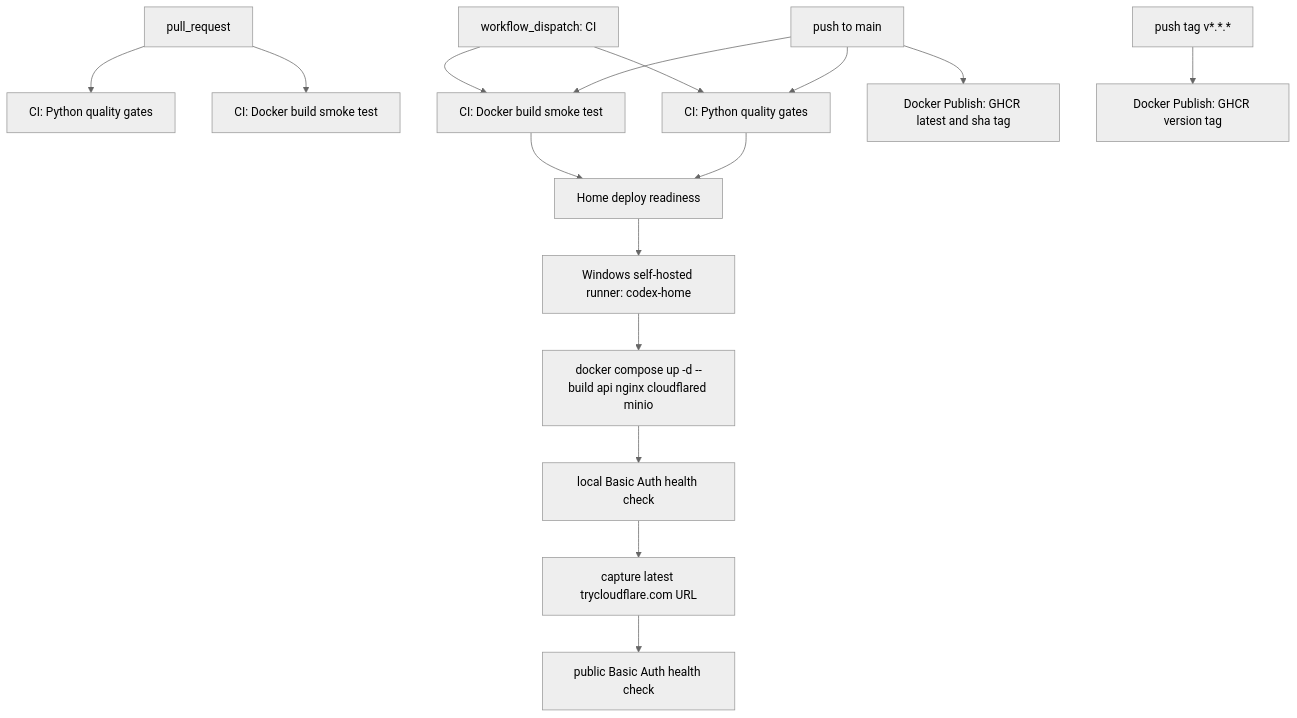
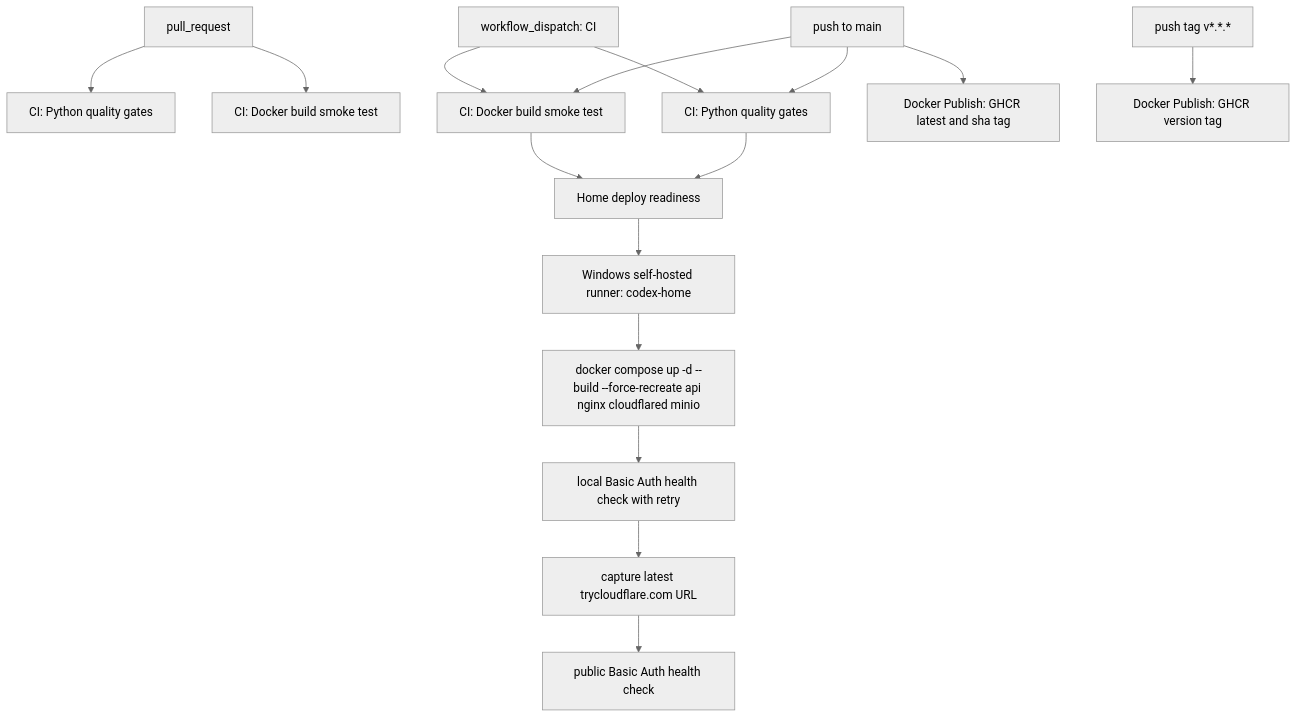
One commit to Mabaragi/codex-youtube-pipeline changed the first of 5 diagrams in docs/CICD.md. Above: the diagram before and after it, drawn with Mermaid (neutral theme). The commit also changed other lines of this file and 1 other file, not shown here.

Commit message:
fix: stabilize home deploy health check

````diff
--- a/docs/CICD.md
+++ b/docs/CICD.md
@@ -15,21 +15,21 @@
 ```mermaid
 flowchart TD
     PR["pull_request"] --> QualityPR["CI: Python quality gates"]
     PR --> DockerPR["CI: Docker build smoke test"]
 
     Main["push to main"] --> QualityMain["CI: Python quality gates"]
     Main --> DockerMain["CI: Docker build smoke test"]
     Main --> PublishMain["Docker Publish: GHCR latest and sha tag"]
 
     QualityMain --> Preflight["Home deploy readiness"]
     DockerMain --> Preflight
     Preflight --> HomeRunner["Windows self-hosted runner: codex-home"]
-    HomeRunner --> ComposeDeploy["docker compose up -d --build api nginx cloudflared minio"]
-    ComposeDeploy --> LocalHealth["local Basic Auth health check"]
+    HomeRunner --> ComposeDeploy["docker compose up -d --build --force-recreate api nginx cloudflared minio"]
+    ComposeDeploy --> LocalHealth["local Basic Auth health check with retry"]
     LocalHealth --> CaptureUrl["capture latest trycloudflare.com URL"]
     CaptureUrl --> PublicHealth["public Basic Auth health check"]
 
     Tag["push tag v*.*.*"] --> PublishTag["Docker Publish: GHCR version tag"]
     Manual["workflow_dispatch: CI"] --> QualityMain
     Manual --> DockerMain
 ```
````
